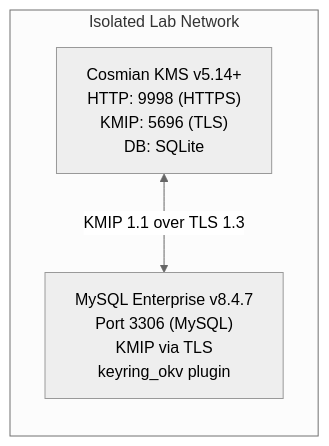
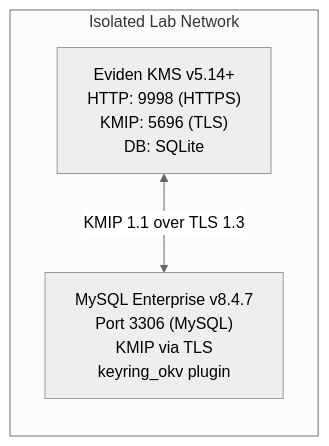
Before and after one commit to Cosmian/kms: the first of 2 diagrams in documentation/docs/integrations/databases/mysql.md, drawn with Mermaid (neutral theme). The commit also changed other lines of this file and 79 other files, not shown here.

````diff
--- a/documentation/docs/integrations/databases/mysql.md
+++ b/documentation/docs/integrations/databases/mysql.md
@@ -42,8 +42,8 @@
 ```mermaid
 flowchart LR
     subgraph network["Isolated Lab Network"]
-        kms["Cosmian KMS v5.14+<br/>HTTP: 9998 (HTTPS)<br/>KMIP: 5696 (TLS)<br/>DB: SQLite"]
+        kms["Eviden KMS v5.14+<br/>HTTP: 9998 (HTTPS)<br/>KMIP: 5696 (TLS)<br/>DB: SQLite"]
         mysql["MySQL Enterprise v8.4.7<br/>Port 3306 (MySQL)<br/>KMIP via TLS<br/>keyring_okv plugin"]
         kms <-->|"KMIP 1.1 over TLS 1.3"| mysql
     end
 ```
````
